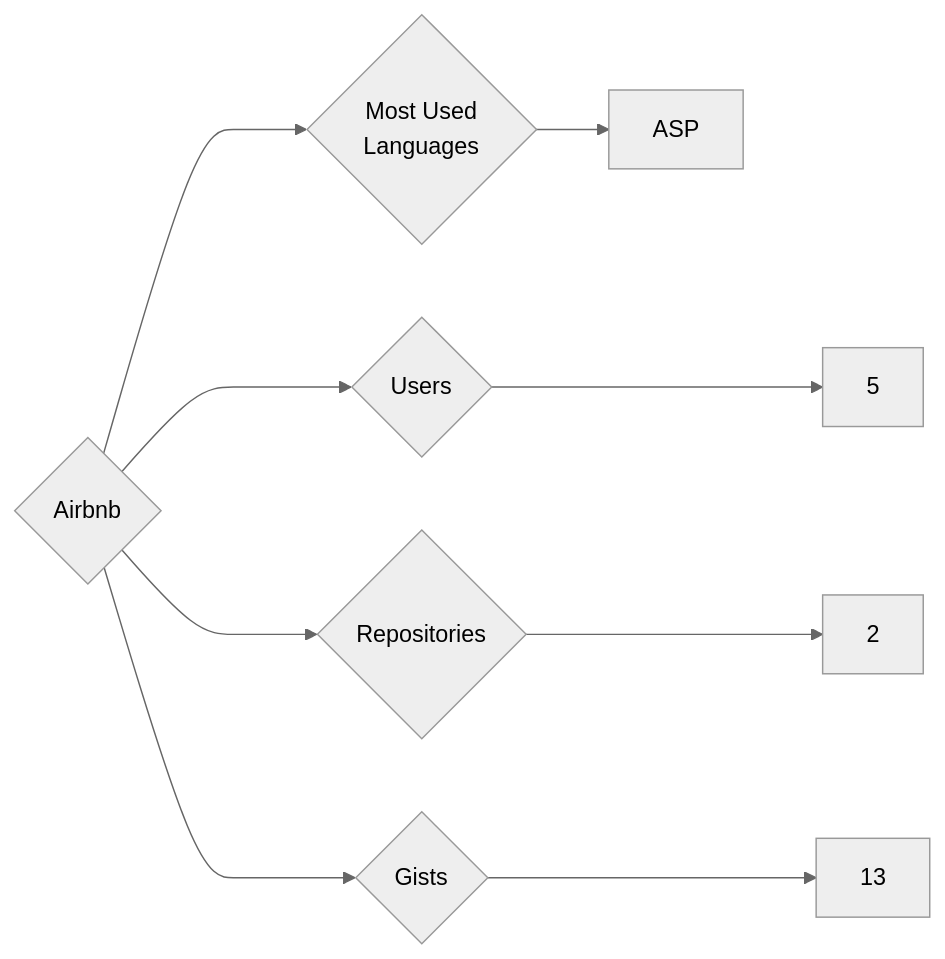
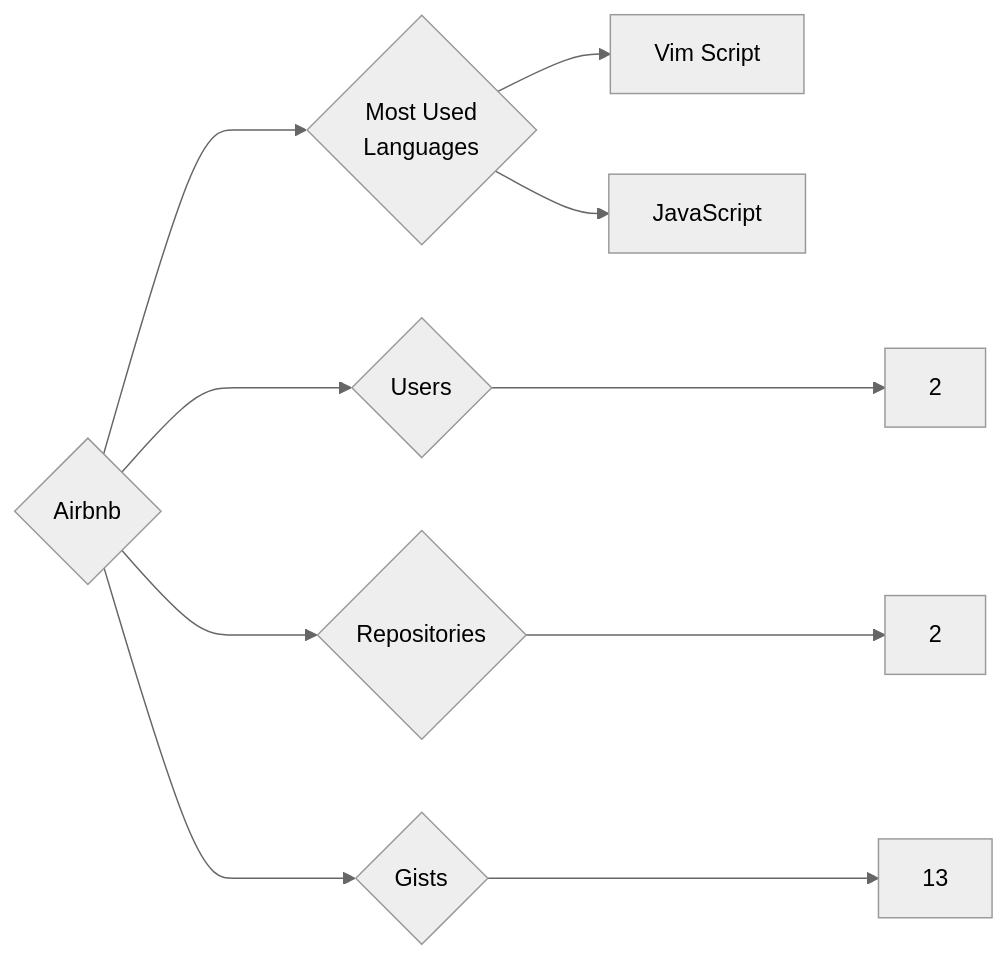
The diagram in targets/Airbnb/README.md (trickest/insiders), drawn with Mermaid (neutral theme) before and after one commit. The commit also changed 840 other files, not shown here.

````diff
--- a/targets/Airbnb/README.md
+++ b/targets/Airbnb/README.md
@@ -3,9 +3,10 @@
 ```mermaid
 graph LR
 COMPANY_NAME{Airbnb}
-COMPANY_NAME ---> U{Users} ---> UN[5]
+COMPANY_NAME ---> U{Users} ---> UN[2]
 COMPANY_NAME ---> R{Repositories} ---> RN[2]
 COMPANY_NAME ---> G{Gists} ---> GN[13]
 COMPANY_NAME ---> ML{Most Used<br>Languages}
-ML --> ASP[ASP]
+ML --> Vim_Script[Vim Script]
+ML --> JavaScript[JavaScript]
 ```
````
